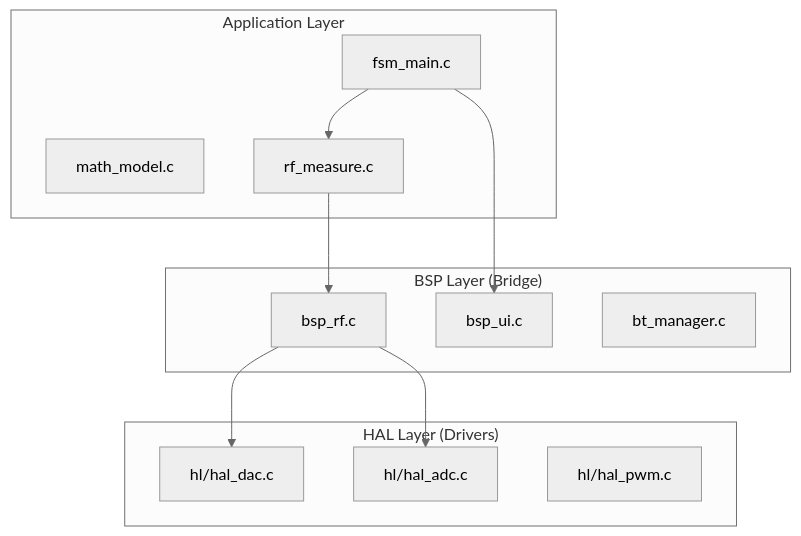
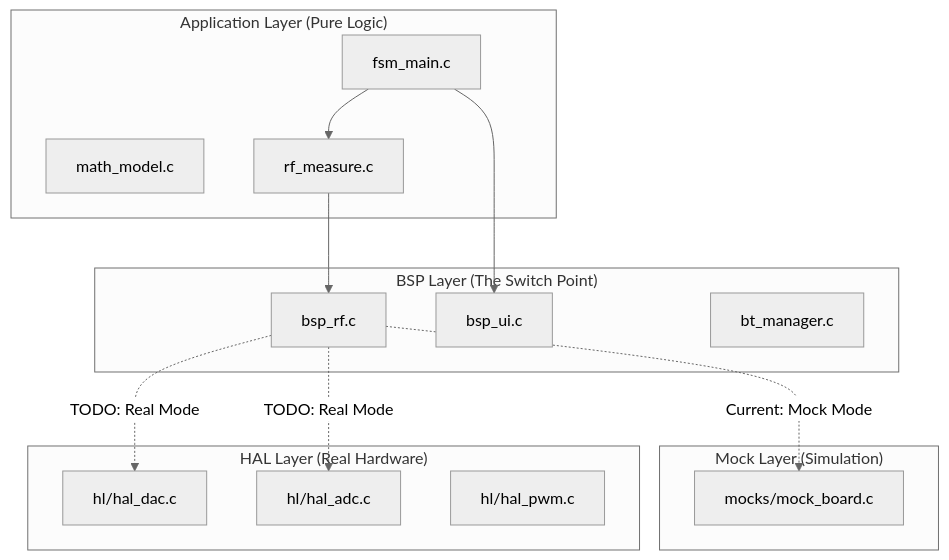
Before and after one commit to woaza/Permittivity-Meter: the second of 2 diagrams in README.md, drawn with Mermaid (neutral theme). The commit also changed other lines of this file, not shown here.

Commit message:
fixed mermaid erros

````diff
--- a/README.md
+++ b/README.md
@@ -91,26 +91,34 @@
 ```mermaid
 graph TD
-    subgraph "Application Layer"
+    subgraph "Application Layer (Pure Logic)"
         FSM[fsm_main.c]
         Math[math_model.c]
         Meas[rf_measure.c]
     end
     
-    subgraph "BSP Layer (Bridge)"
+    subgraph "BSP Layer (The Switch Point)"
         BSP_RF[bsp_rf.c]
         BSP_UI[bsp_ui.c]
         BSP_BT[bt_manager.c]
     end
     
-    subgraph "HAL Layer (Drivers)"
+    subgraph "Mock Layer (Simulation)"
+        MockBoard[mocks/mock_board.c]
+    end
+
+    subgraph "HAL Layer (Real Hardware)"
         HAL_DAC[hl/hal_dac.c]
         HAL_ADC[hl/hal_adc.c]
         HAL_PWM[hl/hal_pwm.c]
     end
     
     FSM --> Meas
     Meas --> BSP_RF
-    BSP_RF --> HAL_DAC
-    BSP_RF --> HAL_ADC
+    
+    %% The Switch Point: Currently connected to Mock, needs to switch to HAL
+    BSP_RF -.->|Current: Mock Mode| MockBoard
+    BSP_RF -.->|TODO: Real Mode| HAL_DAC
+    BSP_RF -.->|TODO: Real Mode| HAL_ADC
+    
     FSM --> BSP_UI
 ```
````
